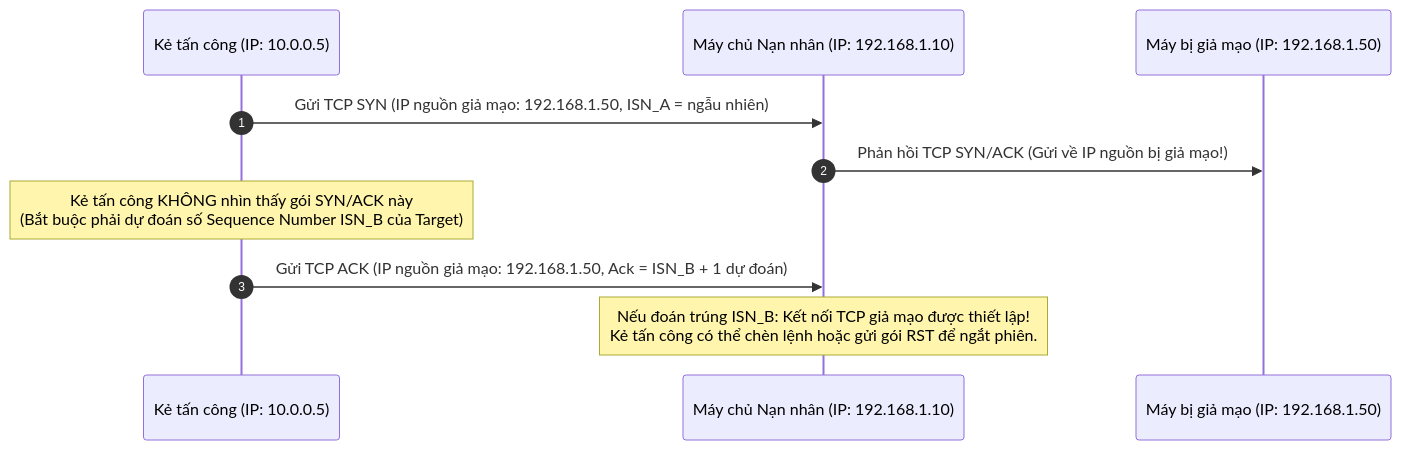
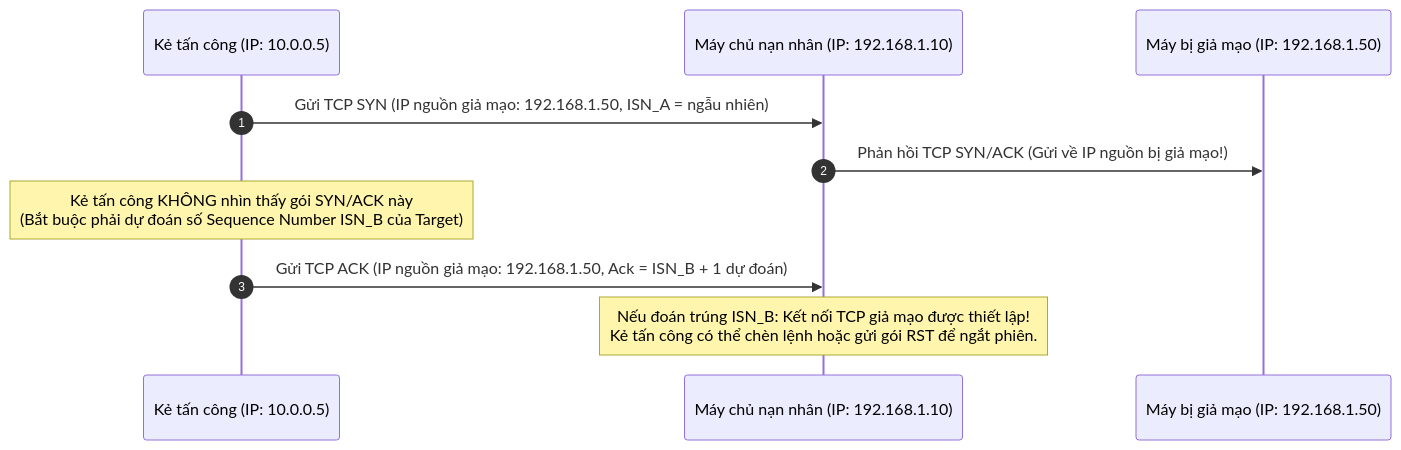
One commit to phattvh/HackTheBox_Translate changed the fourth of 4 diagrams in Junior Cybersecurity Analyst/3. Introduction to Networking/20. TCP-UDP Connections.md. Above: the diagram before and after it, drawn with Mermaid. The commit also changed other lines of this file and 5 other files, not shown here.

````diff
--- a/Junior Cybersecurity Analyst/3. Introduction to Networking/20. TCP-UDP Connections.md
+++ b/Junior Cybersecurity Analyst/3. Introduction to Networking/20. TCP-UDP Connections.md
@@ -182,13 +182,13 @@
 ```mermaid
 sequenceDiagram
     autonumber
     participant Attacker as Kẻ tấn công (IP: 10.0.0.5)
-    participant Target as Máy chủ Nạn nhân (IP: 192.168.1.10)
+    participant Target as Máy chủ nạn nhân (IP: 192.168.1.10)
     participant SpoofedIP as Máy bị giả mạo (IP: 192.168.1.50)
 
     Attacker->>Target: Gửi TCP SYN (IP nguồn giả mạo: 192.168.1.50, ISN_A = ngẫu nhiên)
     Target->>SpoofedIP: Phản hồi TCP SYN/ACK (Gửi về IP nguồn bị giả mạo!)
     Note over Attacker: Kẻ tấn công KHÔNG nhìn thấy gói SYN/ACK này<br/>(Bắt buộc phải dự đoán số Sequence Number ISN_B của Target)
     Attacker->>Target: Gửi TCP ACK (IP nguồn giả mạo: 192.168.1.50, Ack = ISN_B + 1 dự đoán)
     Note over Target: Nếu đoán trúng ISN_B: Kết nối TCP giả mạo được thiết lập!<br/>Kẻ tấn công có thể chèn lệnh hoặc gửi gói RST để ngắt phiên.
 ```
````
